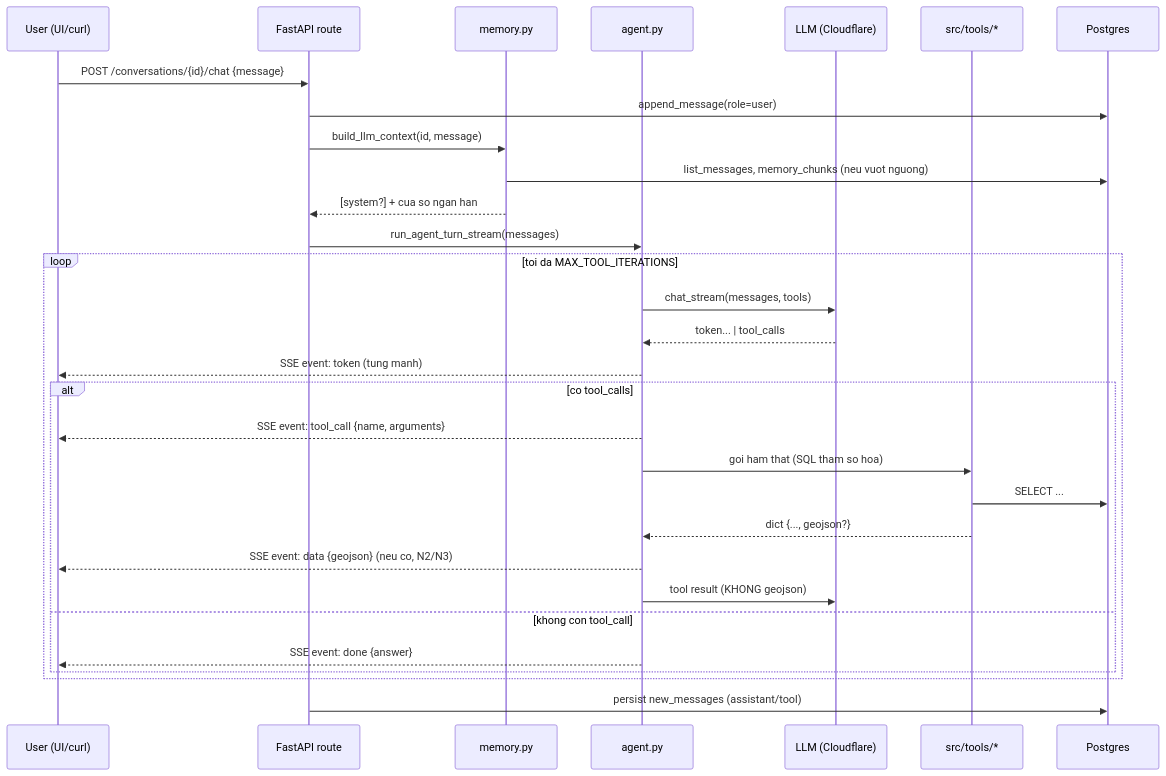
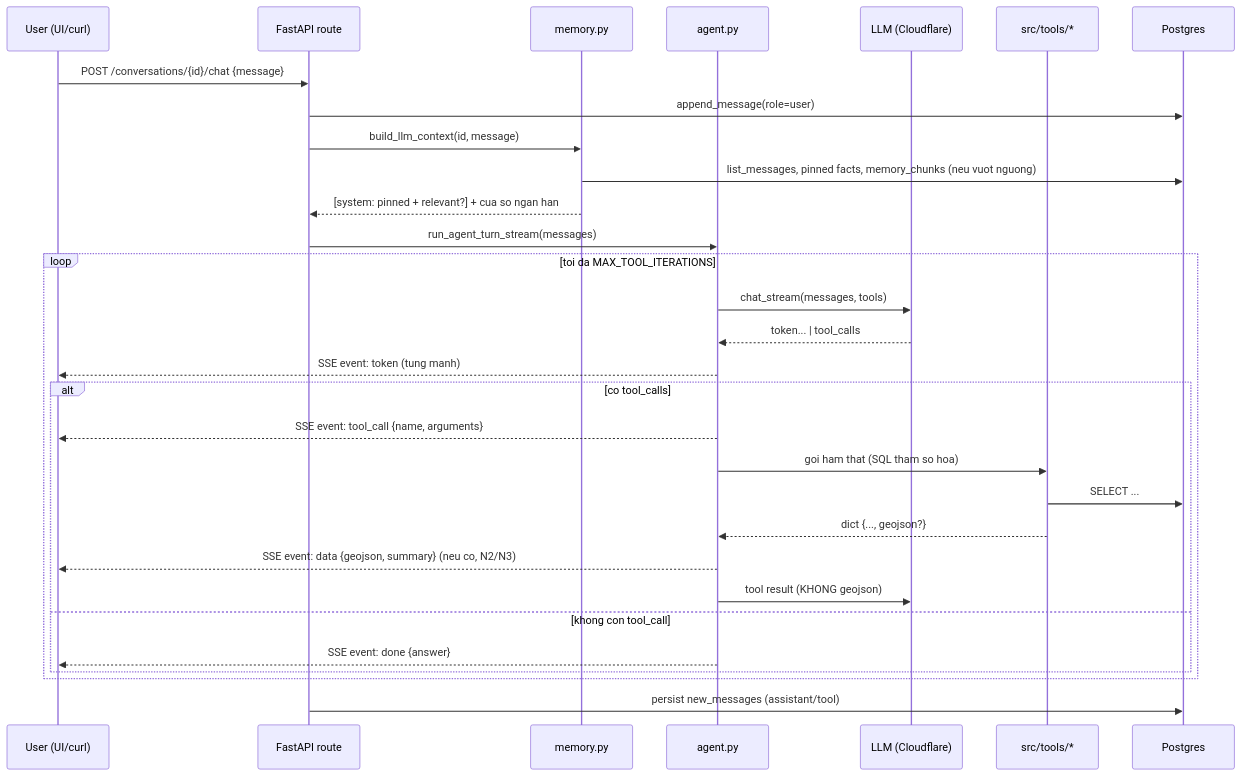
Before and after one commit to cong2235/vessel-tracking-chatbot: the second of 2 diagrams in docs/architecture.md, drawn with Mermaid. The commit also changed other lines of this file and 2 other files, not shown here.

````diff
--- a/docs/architecture.md
+++ b/docs/architecture.md
@@ -63,33 +64,33 @@
 ```mermaid
 sequenceDiagram
     participant U as User (UI/curl)
     participant API as FastAPI route
     participant Mem as memory.py
     participant Agent as agent.py
     participant LLM as LLM (Cloudflare)
     participant Tool as src/tools/*
     participant DB as Postgres
 
     U->>API: POST /conversations/{id}/chat {message}
     API->>DB: append_message(role=user)  # luu truoc, tranh mat cau hoi neu loi
     API->>Mem: build_llm_context(id, message)
-    Mem->>DB: list_messages, memory_chunks (neu vuot nguong)
-    Mem-->>API: [system?] + cua so ngan han
+    Mem->>DB: list_messages, pinned facts, memory_chunks (neu vuot nguong)
+    Mem-->>API: [system: pinned + relevant?] + cua so ngan han
     API->>Agent: run_agent_turn_stream(messages)
     loop toi da MAX_TOOL_ITERATIONS
         Agent->>LLM: chat_stream(messages, tools)
         LLM-->>Agent: token... | tool_calls
         Agent-->>U: SSE event: token (tung manh)
         alt co tool_calls
             Agent-->>U: SSE event: tool_call {name, arguments}
             Agent->>Tool: goi ham that (SQL tham so hoa)
             Tool->>DB: SELECT ...
             Tool-->>Agent: dict {..., geojson?}
-            Agent-->>U: SSE event: data {geojson}  (neu co, N2/N3)
-            Agent->>LLM: tool result (KHONG geojson) 
+            Agent-->>U: SSE event: data {geojson, summary}  (neu co, N2/N3)
+            Agent->>LLM: tool result (KHONG geojson)
         else khong con tool_call
             Agent-->>U: SSE event: done {answer}
         end
     end
     API->>DB: persist new_messages (assistant/tool)
 ```
````
